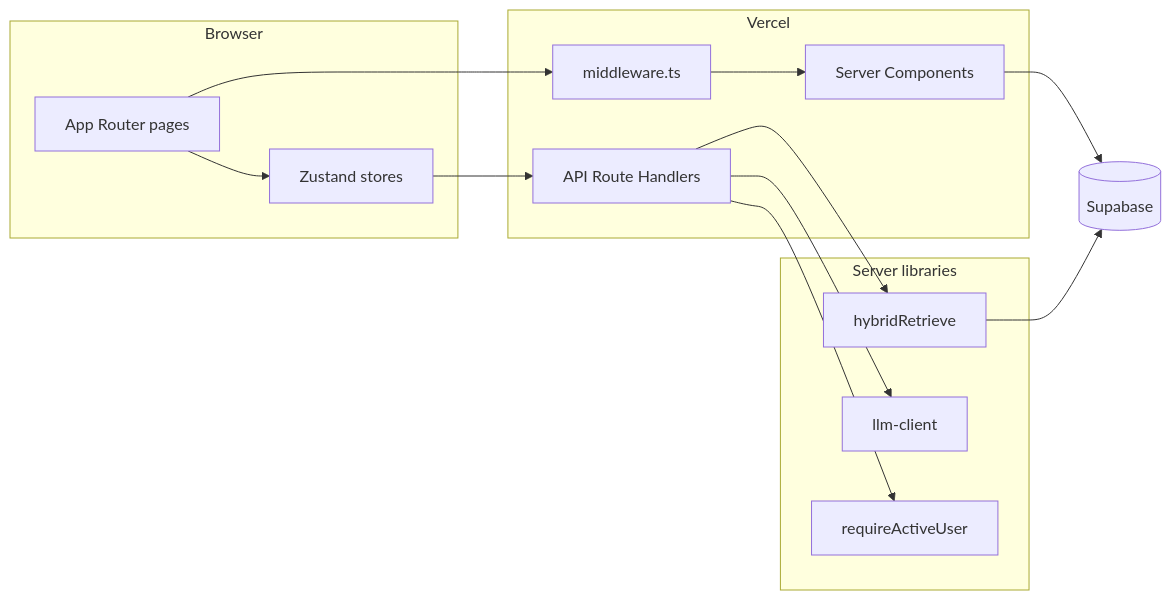
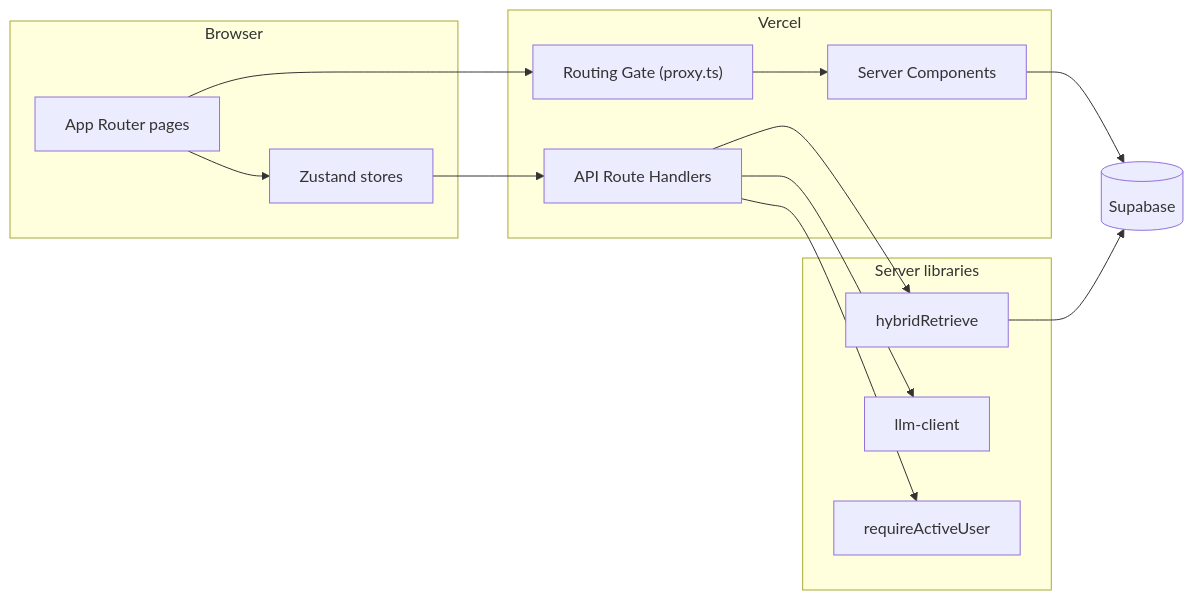
The third of 5 diagrams in docs/architecture.md (Ssaammmmiitt/Skim), drawn with Mermaid before and after one commit. The commit also changed other lines of this file and 9 other files, not shown here.

````diff
--- a/docs/architecture.md
+++ b/docs/architecture.md
@@ -163,29 +166,29 @@
 ```mermaid
 flowchart LR
   subgraph browser [Browser]
     Pages[App Router pages]
     Stores[Zustand stores]
   end
 
   subgraph edge [Vercel]
-    MW[middleware.ts]
+    Gate["Routing Gate (proxy.ts)"]
     RSC[Server Components]
     API[API Route Handlers]
   end
 
   subgraph libs [Server libraries]
     Retrieval[hybridRetrieve]
     LLM[llm-client]
     AuthZ[requireActiveUser]
   end
 
-  Pages --> MW
-  MW --> RSC
+  Pages --> Gate
+  Gate --> RSC
   RSC --> Supabase[(Supabase)]
   Pages --> Stores
   Stores --> API
   API --> AuthZ
   API --> Retrieval
   API --> LLM
   Retrieval --> Supabase
 ```
````
